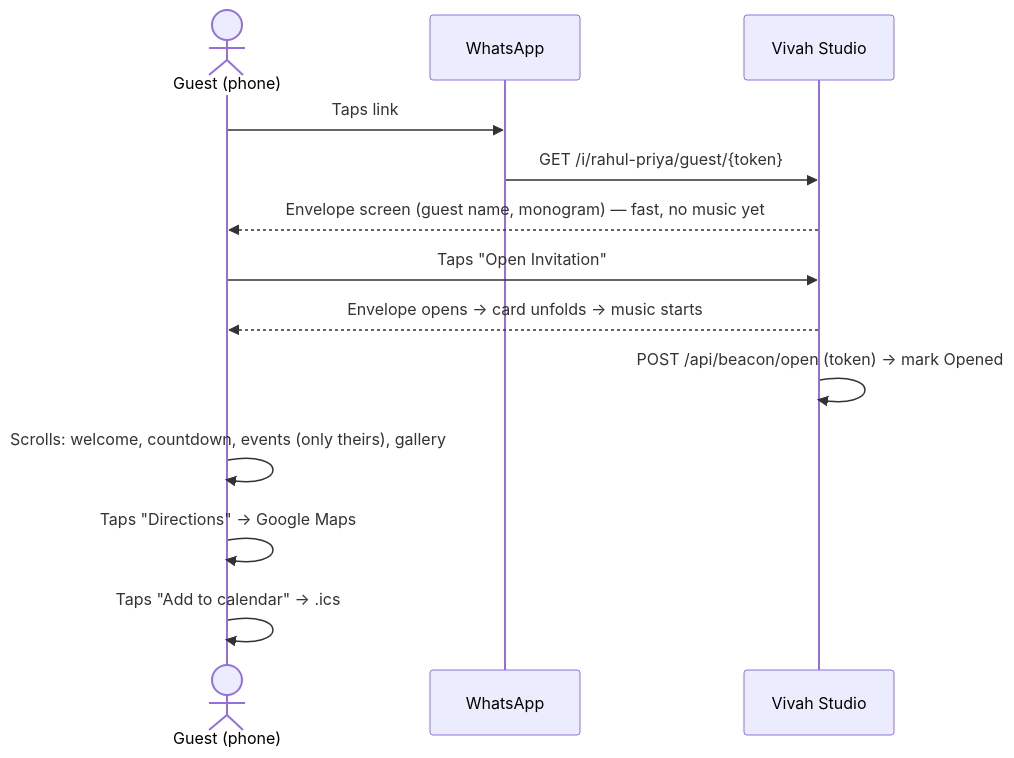
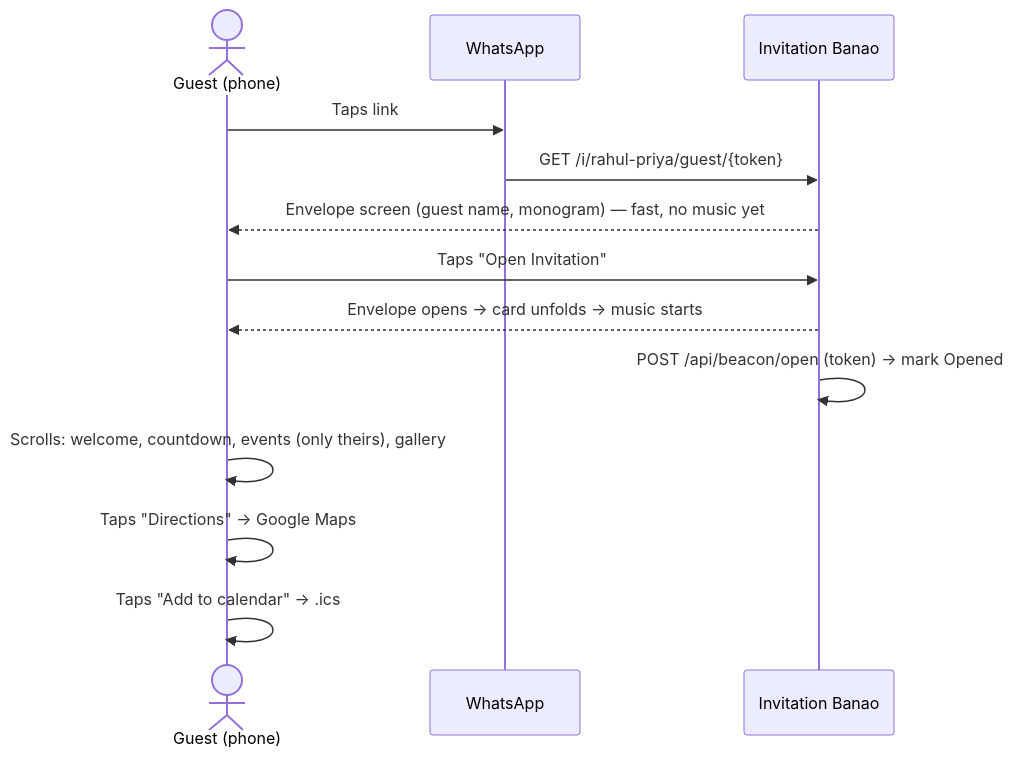
Before and after one commit to KaranKumar-97/invitoverse: the third of 3 diagrams in docs/01-prd.md, drawn with Mermaid. The commit also changed other lines of this file and 13 other files, not shown here.

Commit message:
docs: rename Vivah Studio to Invitation Banao in README, CLAUDE.md and docs

````diff
--- a/docs/01-prd.md
+++ b/docs/01-prd.md
@@ -173,15 +173,15 @@
 ```mermaid
 sequenceDiagram
     actor G as Guest (phone)
     participant W as WhatsApp
-    participant App as Vivah Studio
+    participant App as Invitation Banao
     G->>W: Taps link
     W->>App: GET /i/rahul-priya/guest/{token}
     App-->>G: Envelope screen (guest name, monogram) — fast, no music yet
     G->>App: Taps "Open Invitation"
     App-->>G: Envelope opens → card unfolds → music starts
     App->>App: POST /api/beacon/open (token) → mark Opened
     G->>G: Scrolls: welcome, countdown, events (only theirs), gallery
     G->>G: Taps "Directions" → Google Maps
     G->>G: Taps "Add to calendar" → .ics
 ```
````
